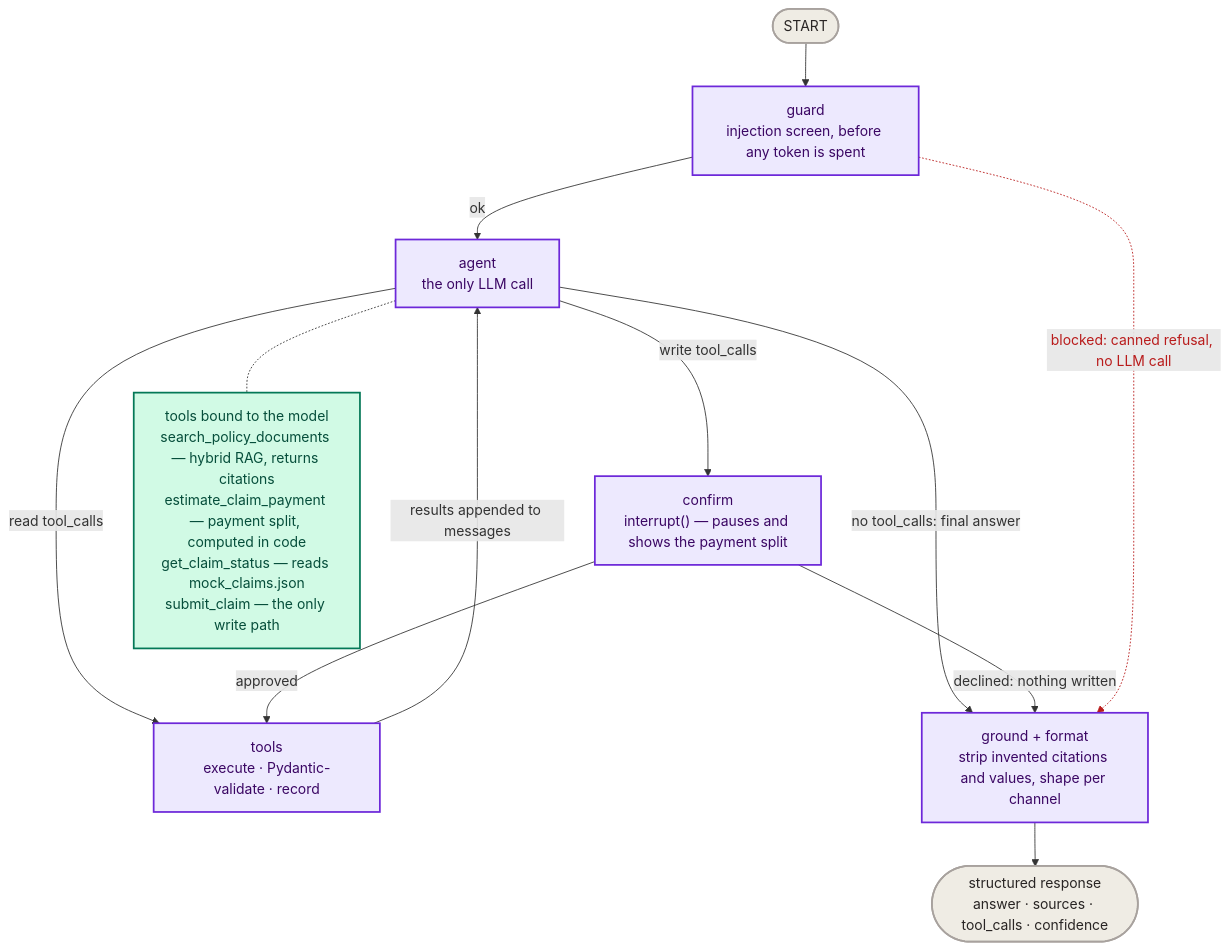
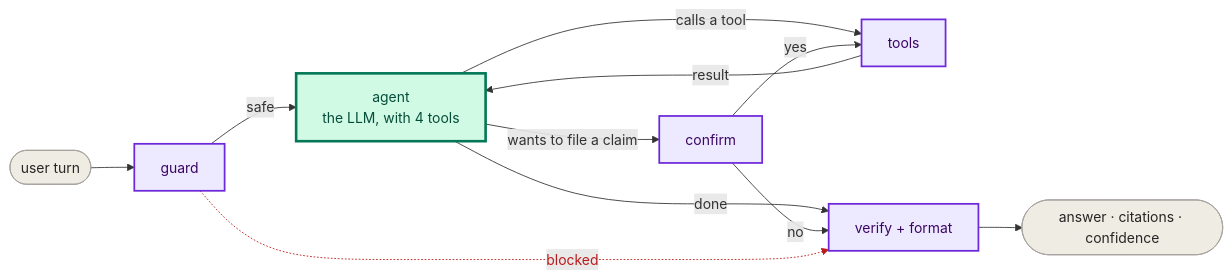
Before and after one commit to Ziadt160/omnicare-genai-assessment: the second of 2 diagrams in README.md, drawn with Mermaid. The commit also changed other lines of this file and 14 other files, not shown here.

````diff
--- a/README.md
+++ b/README.md
@@ -101,30 +93,28 @@
 ```mermaid
-flowchart TB
-  START([START]) --> GUARD
-  GUARD["guard<br/>injection screen, before any token is spent"]
-  AGENT["agent<br/>the only LLM call"]
-  TOOLS["tools<br/>execute · Pydantic-validate · record"]
-  CONFIRM["confirm<br/>interrupt() — pauses and shows the payment split"]
-  POST["ground + format<br/>strip invented citations and values, shape per channel"]
-  OUT(["structured response<br/>answer · sources · tool_calls · confidence"])
-  BOX["tools bound to the model<br/>search_policy_documents — hybrid RAG, returns citations<br/>estimate_claim_payment — payment split, computed in code<br/>get_claim_status — reads mock_claims.json<br/>submit_claim — the only write path"]
+flowchart LR
+  IN([user turn]) --> G
+  G["guard"]
+  M["agent<br/>the LLM, with 4 tools"]
+  T["tools"]
+  C["confirm"]
+  V["verify + format"]
+  OUT([answer · citations · confidence])
 
-  GUARD -- ok --> AGENT
-  AGENT -- "read tool_calls" --> TOOLS
-  TOOLS -- "results appended to messages" --> AGENT
-  AGENT -- "write tool_calls" --> CONFIRM
-  CONFIRM -- approved --> TOOLS
-  AGENT -- "no tool_calls: final answer" --> POST
-  CONFIRM -- "declined: nothing written" --> POST
-  GUARD -. "blocked: canned refusal, no LLM call" .-> POST
-  POST --> OUT
-  AGENT -.- BOX
+  G -- safe --> M
+  M -- "calls a tool" --> T
+  T -- result --> M
+  M -- "wants to file a claim" --> C
+  C -- yes --> T
+  M -- done --> V
+  C -- no --> V
+  G -. blocked .-> V
+  V --> OUT
 
-  classDef node fill:#ede9fe,stroke:#6d28d9,stroke-width:2px,color:#3b0764
+  classDef det fill:#ede9fe,stroke:#6d28d9,stroke-width:2px,color:#3b0764
+  classDef llm fill:#d1fae5,stroke:#047857,stroke-width:3px,color:#064e3b
   classDef term fill:#efece4,stroke:#a8a29e,color:#292524
-  classDef tool fill:#d1fae5,stroke:#047857,stroke-width:2px,color:#064e3b
-  class GUARD,AGENT,TOOLS,CONFIRM,POST node
-  class START,OUT term
-  class BOX tool
+  class G,T,C,V det
+  class M llm
+  class IN,OUT term
   linkStyle 8 stroke:#b91c1c,color:#b91c1c
 ```
````
